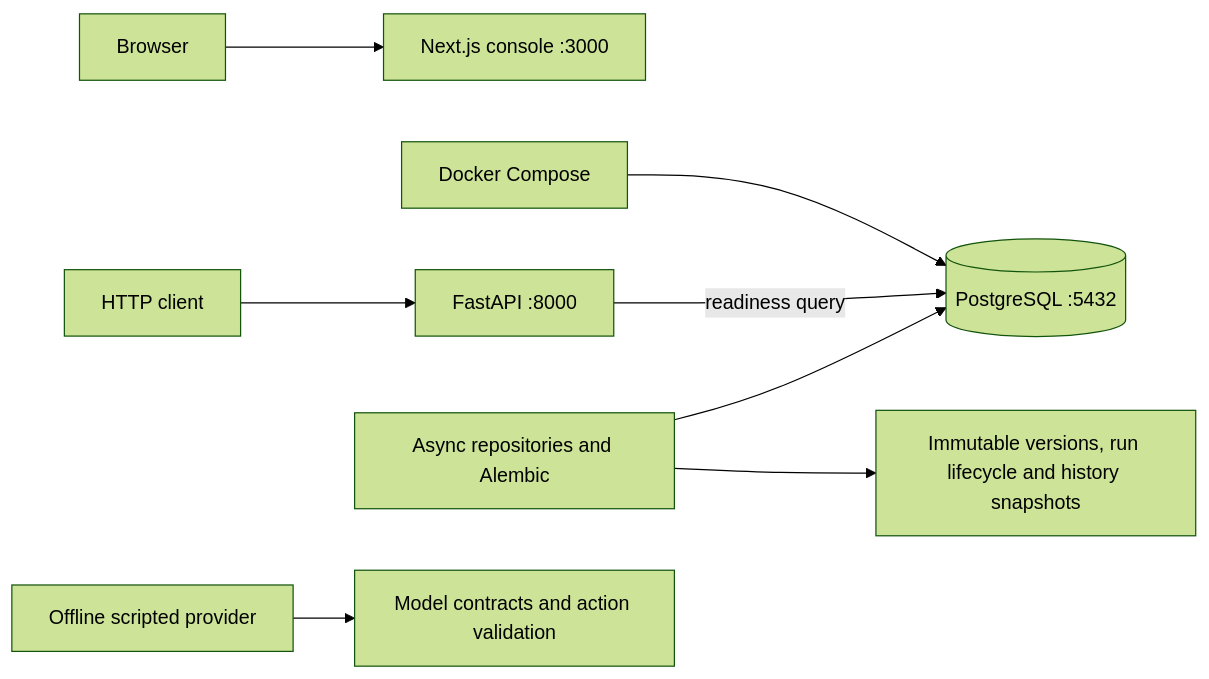
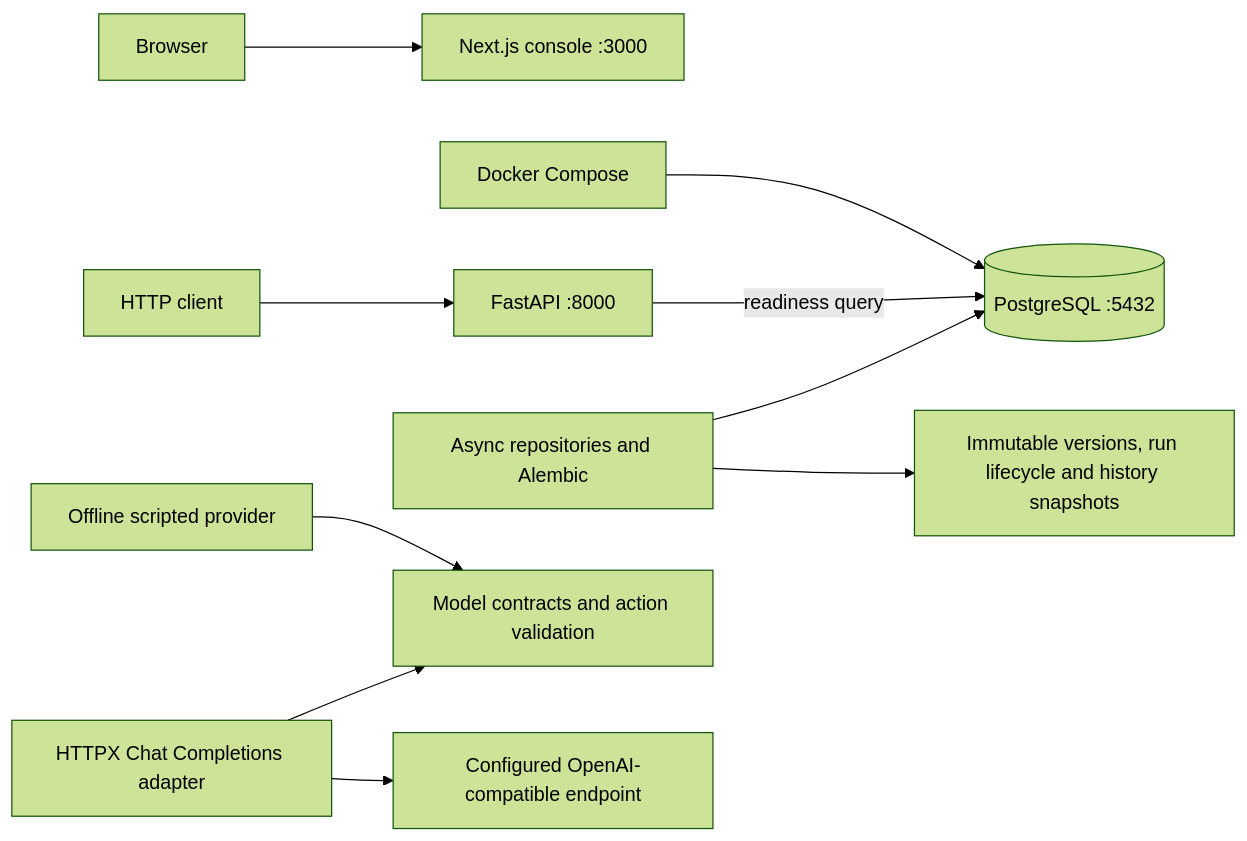
Before and after one commit to TaoM29/runveil: the first of 2 diagrams in ARCHITECTURE.md, drawn with Mermaid (forest theme). The commit also changed other lines of this file and 2 other files, not shown here.

Commit message:
docs: update Runveil architecture roadmap and project overview

````diff
--- a/ARCHITECTURE.md
+++ b/ARCHITECTURE.md
@@ -5,10 +5,12 @@
 ```mermaid
 flowchart LR
     Browser --> Web[Next.js console :3000]
     Client[HTTP client] --> API[FastAPI :8000]
     Compose[Docker Compose] --> PG[(PostgreSQL :5432)]
     API -->|readiness query| PG
     Persistence[Async repositories and Alembic] --> PG
     Persistence --> Domain[Immutable versions, run lifecycle and history snapshots]
     Scripted[Offline scripted provider] --> Contracts[Model contracts and action validation]
+    Hosted[HTTPX Chat Completions adapter] --> Contracts
+    Hosted --> Endpoint[Configured OpenAI-compatible endpoint]
 ```
````
